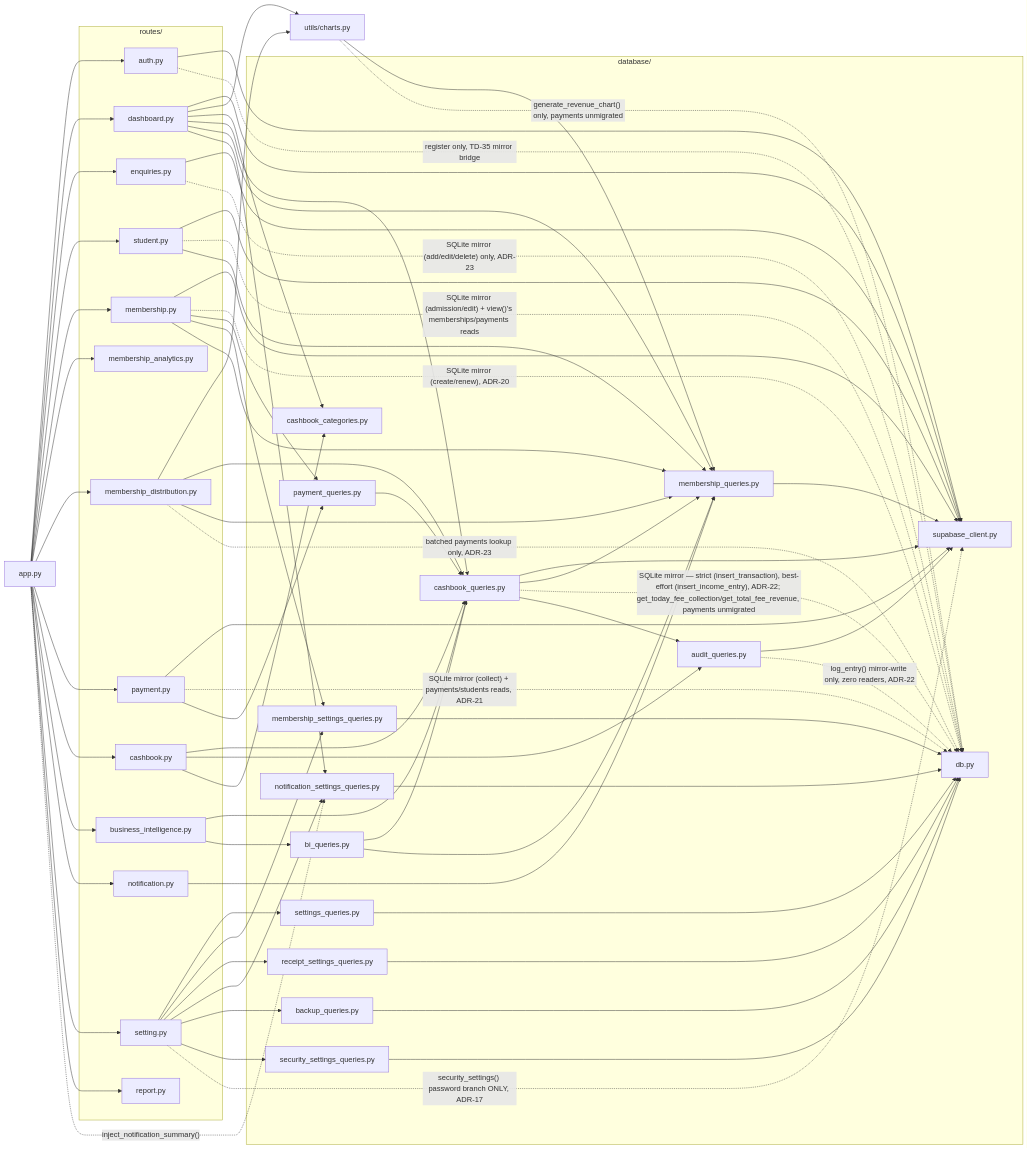
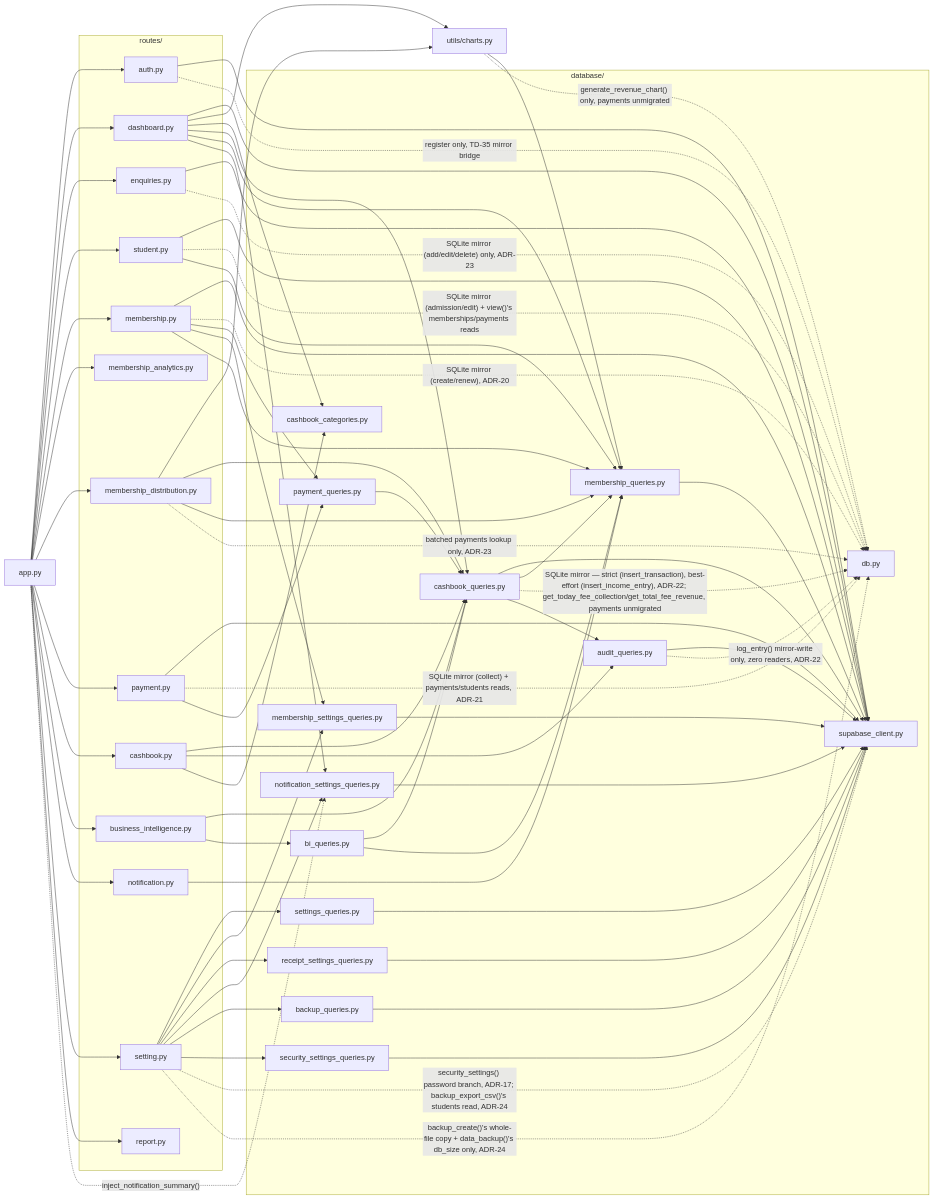
The fifth of 5 diagrams in docs/DIAGRAMS.md (saloni-keshore/smart-library-management-system), drawn with Mermaid before and after one commit. The commit also changed other lines of this file and 22 other files, not shown here.

````diff
--- a/docs/DIAGRAMS.md
+++ b/docs/DIAGRAMS.md
@@ -379,7 +380,8 @@
     setting_py --> notification_settings_queries_py
     setting_py --> backup_queries_py
     setting_py --> security_settings_queries_py
-    setting_py -.->|"security_settings() password branch ONLY, ADR-17"| supabase_client_py
+    setting_py -.->|"security_settings() password branch, ADR-17; backup_export_csv()'s students read, ADR-24"| supabase_client_py
+    setting_py -.->|"backup_create()'s whole-file copy + data_backup()'s db_size only, ADR-24"| db_py
     app_py -.->|"inject_notification_summary()"| notification_settings_queries_py
     dashboard_py --> notification_settings_queries_py
 
@@ -391,13 +393,13 @@
     bi_queries_py --> membership_queries_py
     audit_queries_py --> supabase_client_py
     audit_queries_py -.->|"log_entry() mirror-write only, zero readers, ADR-22"| db_py
-    membership_settings_queries_py --> db_py
+    membership_settings_queries_py --> supabase_client_py
     membership_queries_py --> supabase_client_py
-    settings_queries_py --> db_py
-    receipt_settings_queries_py --> db_py
-    notification_settings_queries_py --> db_py
-    backup_queries_py --> db_py
-    security_settings_queries_py --> db_py
+    settings_queries_py --> supabase_client_py
+    receipt_settings_queries_py --> supabase_client_py
+    notification_settings_queries_py --> supabase_client_py
+    backup_queries_py --> supabase_client_py
+    security_settings_queries_py --> supabase_client_py
     charts_py --> membership_queries_py
     charts_py -.->|"generate_revenue_chart() only, payments unmigrated"| db_py
 ```
````
